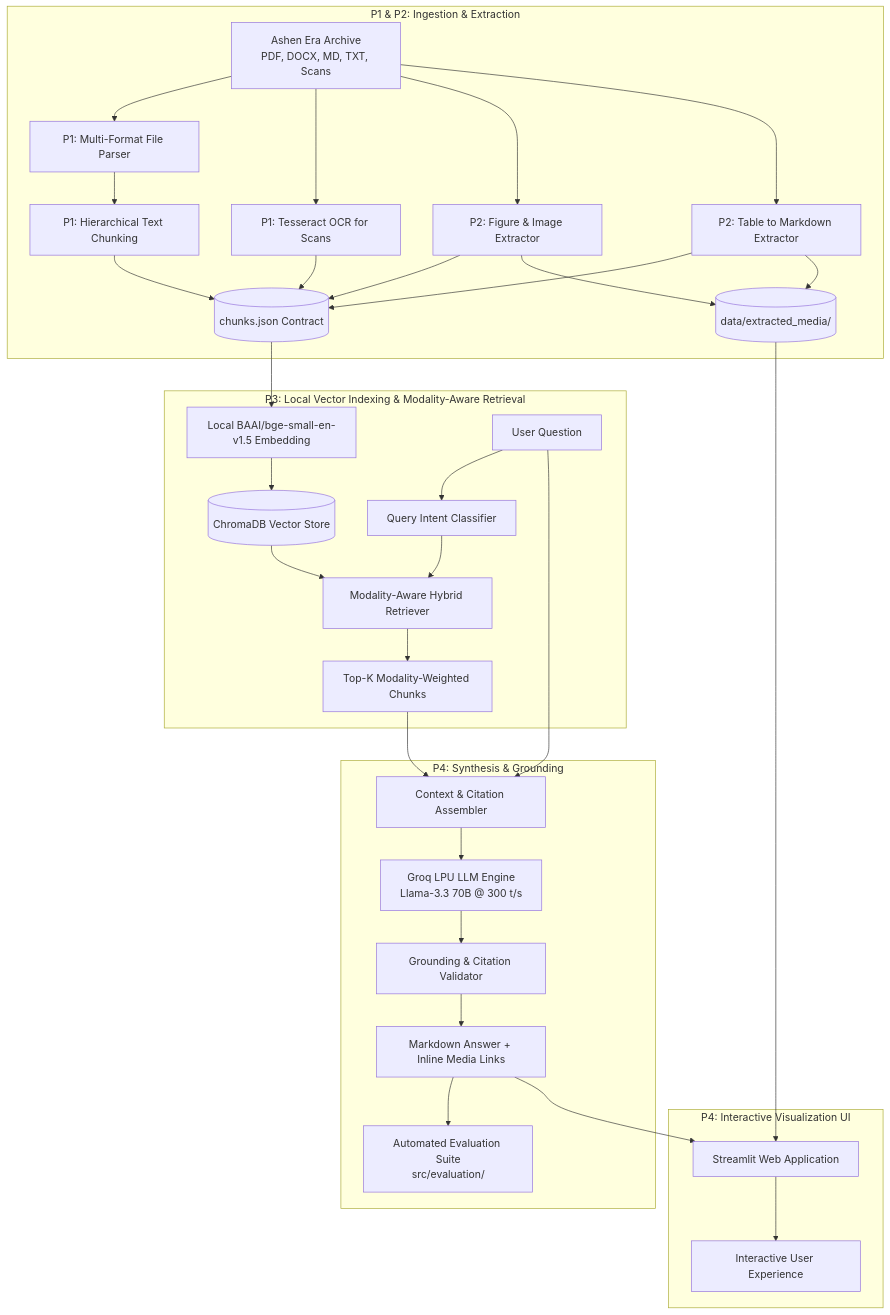
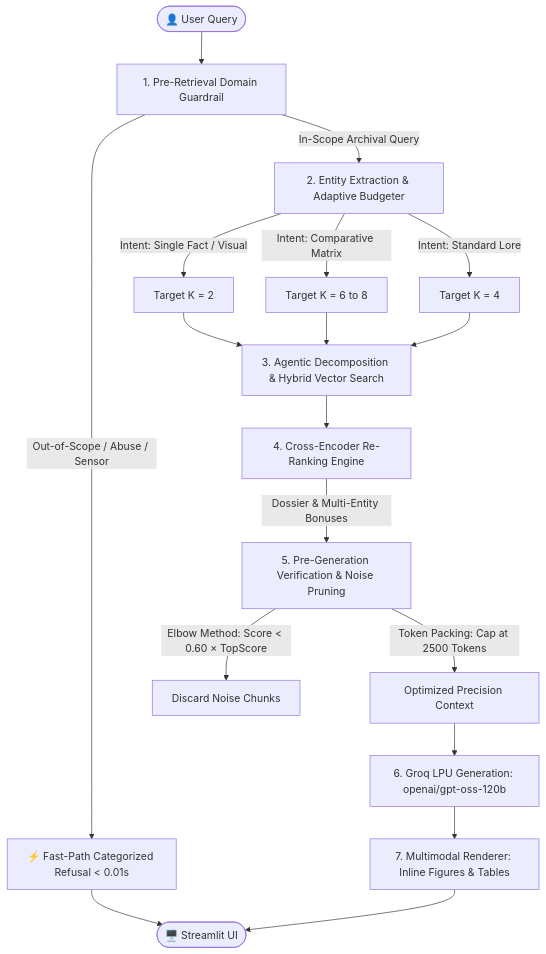
The diagram in docs/architecture.md (IT25101463/DeepThink), drawn with Mermaid before and after one commit. The commit also changed other lines of this file and 25 other files, not shown here.

````diff
--- a/docs/architecture.md
+++ b/docs/architecture.md
@@ -14,40 +14,27 @@
 ```mermaid
 flowchart TD
-    subgraph Ingestion Layer [P1 & P2: Ingestion & Extraction]
-        Corpus[Ashen Era Archive<br/>PDF, DOCX, MD, TXT, Scans] --> Parser[P1: Multi-Format File Parser]
-        Corpus --> OCR[P1: Tesseract OCR for Scans]
-        Corpus --> ExtImg[P2: Figure & Image Extractor]
-        Corpus --> ExtTab[P2: Table to Markdown Extractor]
-        Parser --> TextChunk[P1: Hierarchical Text Chunking]
-        ExtImg --> ChunksContract[(chunks.json Contract)]
-        ExtTab --> ChunksContract
-        TextChunk --> ChunksContract
-        OCR --> ChunksContract
-        ExtImg --> MediaStore[(data/extracted_media/)]
-        ExtTab --> MediaStore
-    end
+    User([👤 User Query]) --> S1[1. Pre-Retrieval Domain Guardrail]
 
-    subgraph Retrieval Layer [P3: Local Vector Indexing & Modality-Aware Retrieval]
-        ChunksContract --> LocalEmbed[Local BAAI/bge-small-en-v1.5 Embedding]
-        LocalEmbed --> ChromaIndex[(ChromaDB Vector Store)]
-        UserQuery[User Question] --> IntentClassifier[Query Intent Classifier]
-        IntentClassifier --> HybridSearch[Modality-Aware Hybrid Retriever]
-        ChromaIndex --> HybridSearch
-        HybridSearch --> RankedChunks[Top-K Modality-Weighted Chunks]
-    end
+    S1 -->|Out-of-Scope / Abuse / Sensor| FastPath[⚡ Fast-Path Categorized Refusal < 0.01s]
+    FastPath --> UI([🖥️ Streamlit UI])
 
-    subgraph Generation & Evaluation Layer [P4: Synthesis & Grounding]
-        RankedChunks --> PromptBuilder[Context & Citation Assembler]
-        UserQuery --> PromptBuilder
-        PromptBuilder --> GroqLLM[Groq LPU LLM Engine<br/>Llama-3.3 70B @ 300 t/s]
-        GroqLLM --> HallucinationGuard[Grounding & Citation Validator]
-        HallucinationGuard --> FormattedOutput[Markdown Answer + Inline Media Links]
-        FormattedOutput --> Evaluator[Automated Evaluation Suite<br/>src/evaluation/]
-    end
+    S1 -->|In-Scope Archival Query| S2[2. Entity Extraction & Adaptive Budgeter]
 
-    subgraph Interface Layer [P4: Interactive Visualization UI]
-        FormattedOutput --> StreamlitApp[Streamlit Web Application]
-        MediaStore --> StreamlitApp
-        StreamlitApp --> EndUser[Interactive User Experience]
-    end
+    S2 -->|Intent: Single Fact / Visual| K2[Target K = 2]
+    S2 -->|Intent: Comparative Matrix| K6[Target K = 6 to 8]
+    S2 -->|Intent: Standard Lore| K4[Target K = 4]
+
+    K2 & K6 & K4 --> S3[3. Agentic Decomposition & Hybrid Vector Search]
+
+    S3 --> S4[4. Cross-Encoder Re-Ranking Engine]
+
+    S4 -->|Dossier & Multi-Entity Bonuses| S5[5. Pre-Generation Verification & Noise Pruning]
+
+    S5 -->|Elbow Method: Score < 0.60 × TopScore| DropTrailing[Discard Noise Chunks]
+    S5 -->|Token Packing: Cap at 2500 Tokens| PackContext[Optimized Precision Context]
+
+    PackContext --> S6[6. Groq LPU Generation: openai/gpt-oss-120b]
+
+    S6 --> S7[7. Multimodal Renderer: Inline Figures & Tables]
+    S7 --> UI
 ```
````
